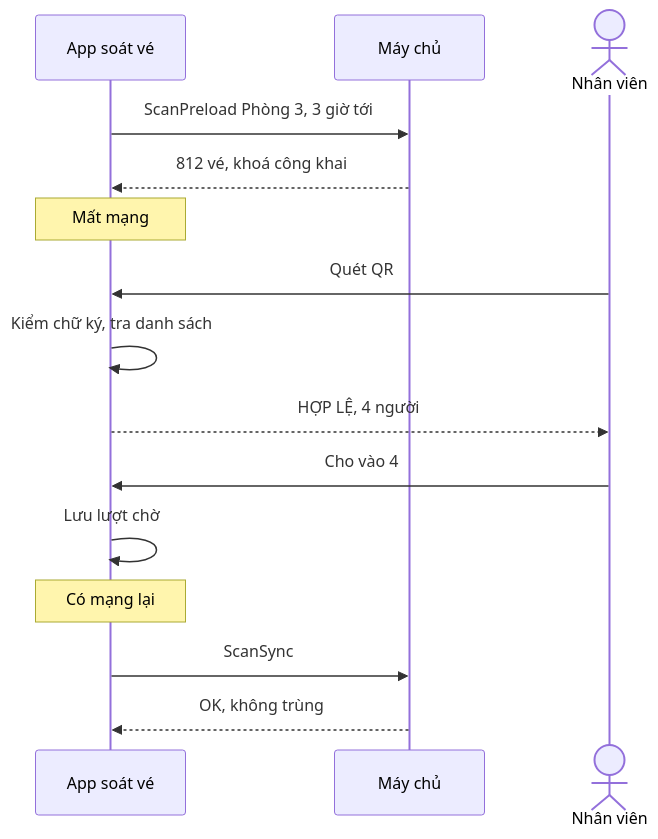
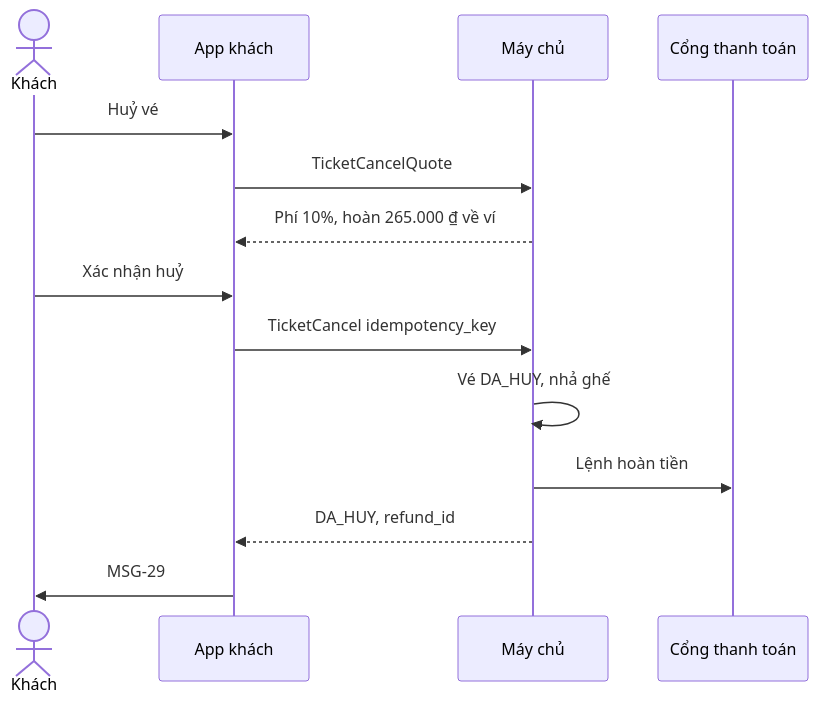
One commit to uxfoundation-vn/de08-dat-ve-xem-phim changed diagram 15 of 15 in docs/SRS.md. Above: the diagram before and after it, drawn with Mermaid. The commit also changed other lines of this file and 2 other files, not shown here.

First line of the commit message:
Đề 8: chỉ giữ luồng của khách

````diff
--- a/docs/SRS.md
+++ b/docs/SRS.md
@@ -1153,17 +846,16 @@
 ```mermaid
 sequenceDiagram
-  participant S as App soát vé
+  actor K as Khách
+  participant App as App khách
   participant API as Máy chủ
-  actor NV as Nhân viên
-  S->>API: ScanPreload Phòng 3, 3 giờ tới
-  API-->>S: 812 vé, khoá công khai
-  Note over S: Mất mạng
-  NV->>S: Quét QR
-  S->>S: Kiểm chữ ký, tra danh sách
-  S-->>NV: HỢP LỆ, 4 người
-  NV->>S: Cho vào 4
-  S->>S: Lưu lượt chờ
-  Note over S: Có mạng lại
-  S->>API: ScanSync
-  API-->>S: OK, không trùng
+  participant PG as Cổng thanh toán
+  K->>App: Huỷ vé
+  App->>API: TicketCancelQuote
+  API-->>App: Phí 10%, hoàn 265.000 ₫ về ví
+  K->>App: Xác nhận huỷ
+  App->>API: TicketCancel idempotency_key
+  API->>API: Vé DA_HUY, nhả ghế
+  API->>PG: Lệnh hoàn tiền
+  API-->>App: DA_HUY, refund_id
+  App->>K: MSG-29
 ```
````
